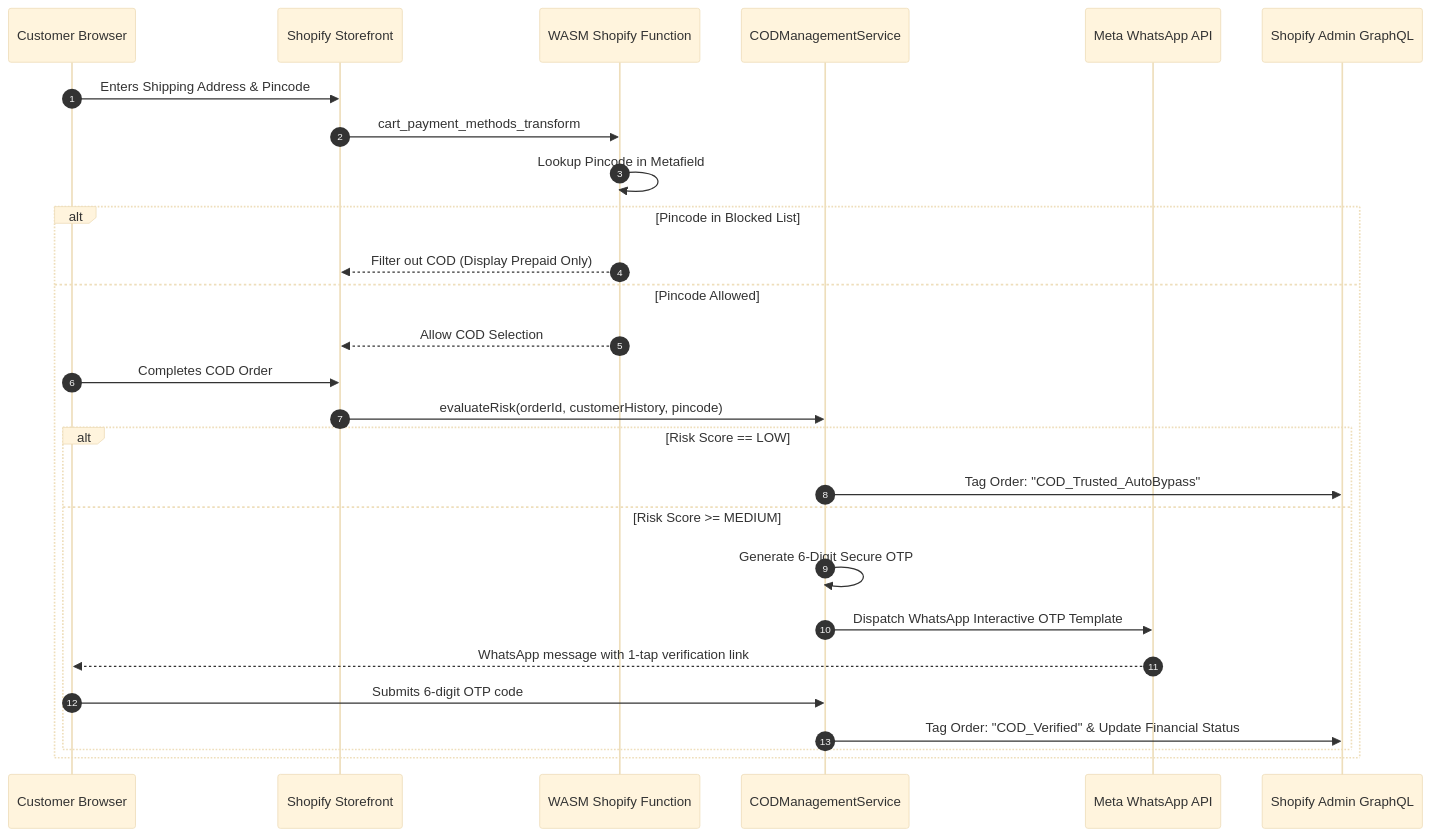
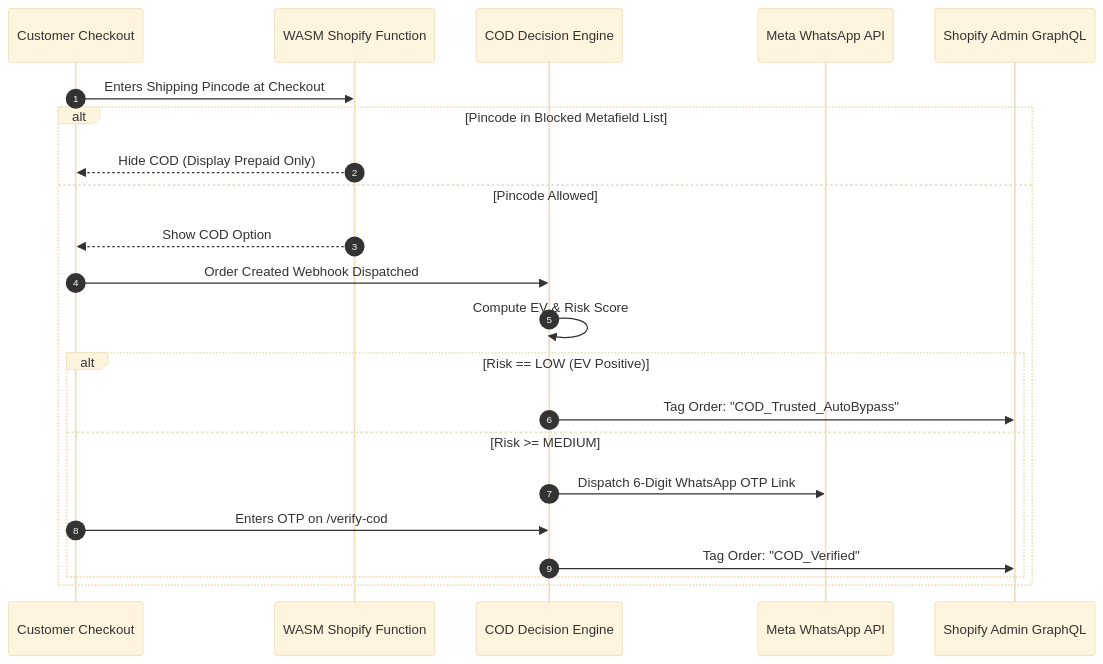
One commit to vishal1357v/ProfitRx changed the second of 2 diagrams in README.md. Above: the diagram before and after it, drawn with Mermaid (base theme). The commit also changed other lines of this file, not shown here.

````diff
--- a/README.md
+++ b/README.md
@@ -180,30 +147,25 @@
 ```mermaid
 sequenceDiagram
     autonumber
-    participant Buyer as Customer Browser
-    participant Store as Shopify Storefront
+    participant Buyer as Customer Checkout
     participant Func as WASM Shopify Function
-    participant COD as CODManagementService
+    participant COD as COD Decision Engine
     participant WA as Meta WhatsApp API
     participant Admin as Shopify Admin GraphQL
 
-    Buyer->>Store: Enters Shipping Address & Pincode
-    Store->>Func: cart_payment_methods_transform
-    Func->>Func: Lookup Pincode in Metafield
-    alt Pincode in Blocked List
-        Func-->>Store: Filter out COD (Display Prepaid Only)
+    Buyer->>Func: Enters Shipping Pincode at Checkout
+    alt Pincode in Blocked Metafield List
+        Func-->>Buyer: Hide COD (Display Prepaid Only)
     else Pincode Allowed
-        Func-->>Store: Allow COD Selection
-        Buyer->>Store: Completes COD Order
-        Store->>COD: evaluateRisk(orderId, customerHistory, pincode)
-        alt Risk Score == LOW
+        Func-->>Buyer: Show COD Option
+        Buyer->>COD: Order Created Webhook Dispatched
+        COD->>COD: Compute EV & Risk Score
+        alt Risk == LOW (EV Positive)
             COD->>Admin: Tag Order: "COD_Trusted_AutoBypass"
-        else Risk Score >= MEDIUM
-            COD->>COD: Generate 6-Digit Secure OTP
-            COD->>WA: Dispatch WhatsApp Interactive OTP Template
-            WA-->>Buyer: WhatsApp message with 1-tap verification link
-            Buyer->>COD: Submits 6-digit OTP code
-            COD->>Admin: Tag Order: "COD_Verified" & Update Financial Status
+        else Risk >= MEDIUM
+            COD->>WA: Dispatch 6-Digit WhatsApp OTP Link
+            Buyer->>COD: Enters OTP on /verify-cod
+            COD->>Admin: Tag Order: "COD_Verified"
         end
     end
 ```
````
